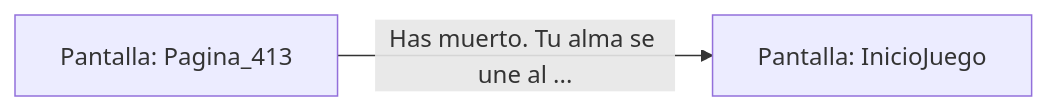
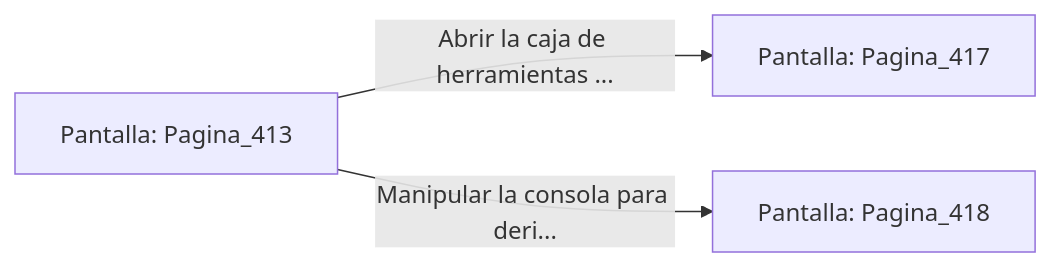
One commit to metsuke/mpl changed the diagram in sample/eligejuego-vault/Pantalla_Pagina_413.md. Above: the diagram before and after it, drawn with Mermaid. The commit also changed other lines of this file and 635 other files, not shown here.

First line of the commit message:
fix: añadir Pagina_1 como pantalla inicial en capitulo_01.mpl

````diff
--- a/sample/eligejuego-vault/Pantalla_Pagina_413.md
+++ b/sample/eligejuego-vault/Pantalla_Pagina_413.md
@@ -17,5 +24,6 @@
 ```mermaid
 graph LR
     P_Pagina_413["Pantalla: Pagina_413"]
-    P_Pagina_413 -->|"Has muerto. Tu alma se une al ..."| P_InicioJuego["Pantalla: InicioJuego"]
+    P_Pagina_413 -->|"Abrir la caja de herramientas ..."| P_Pagina_417["Pantalla: Pagina_417"]
+    P_Pagina_413 -->|"Manipular la consola para deri..."| P_Pagina_418["Pantalla: Pagina_418"]
 ```
````
